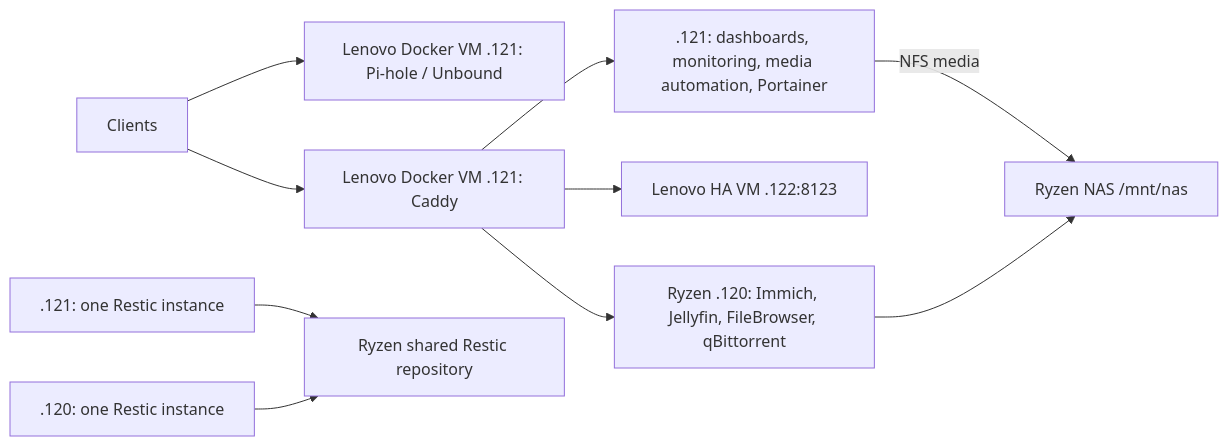
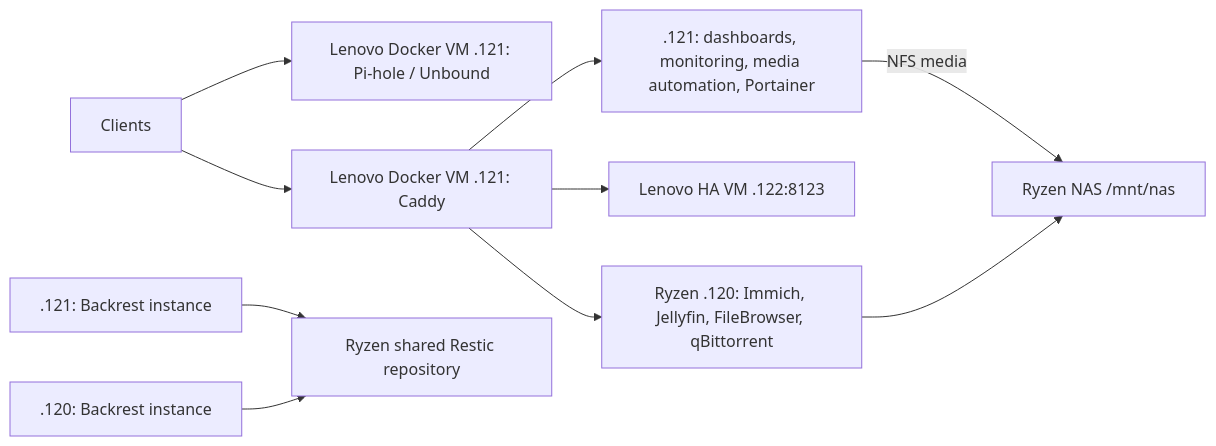
Before and after one commit to Abhijith126/homeServer: the diagram in docs/architecture.md, drawn with Mermaid. The commit also changed other lines of this file and 44 other files, not shown here.

Commit message:
Replace scheduled Restic containers with Backrest multihost management

````diff
--- a/docs/architecture.md
+++ b/docs/architecture.md
@@ -5,12 +5,12 @@
 ```mermaid
 flowchart LR
     clients[Clients] --> dns["Lenovo Docker VM .121: Pi-hole / Unbound"]
     clients --> caddy["Lenovo Docker VM .121: Caddy"]
     caddy --> applications[".121: dashboards, monitoring, media automation, Portainer"]
     caddy --> ha["Lenovo HA VM .122:8123"]
     caddy --> storage["Ryzen .120: Immich, Jellyfin, FileBrowser, qBittorrent"]
     applications -->|NFS media| nas["Ryzen NAS /mnt/nas"]
     storage --> nas
-    dockerbackup[".121: one Restic instance"] --> repo["Ryzen shared Restic repository"]
-    storagebackup[".120: one Restic instance"] --> repo
+    dockerbackup[".121: Backrest instance"] --> repo["Ryzen shared Restic repository"]
+    storagebackup[".120: Backrest instance"] --> repo
 ```
````
